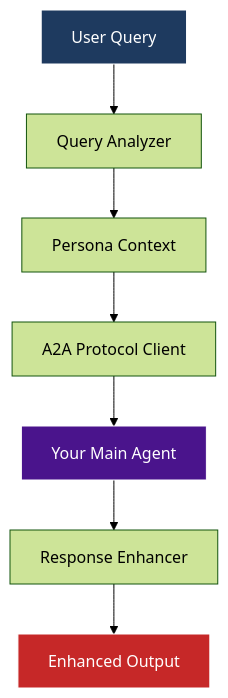
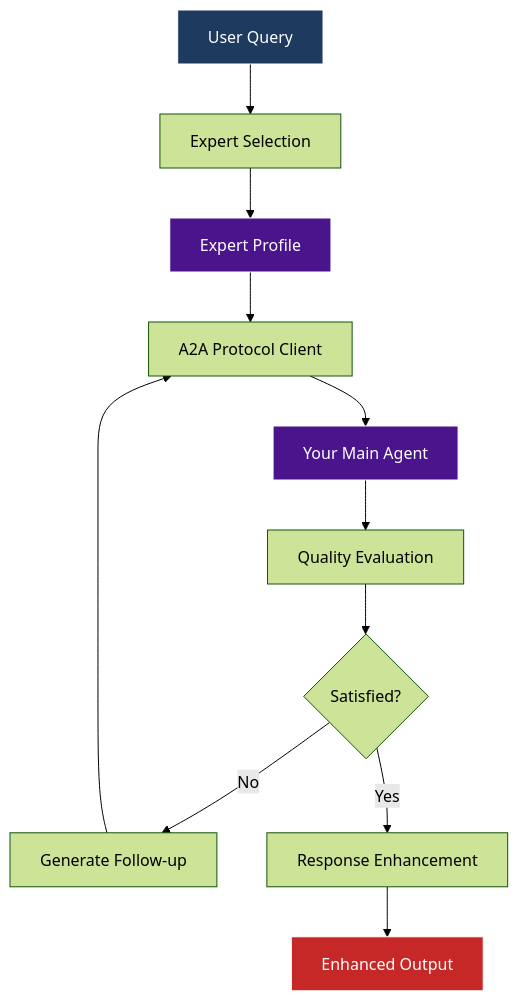
One commit to ovokpus/AIE7 changed the diagram in 15_A2A_LangGraph/second_agent/README.md. Above: the diagram before and after it, drawn with Mermaid (forest theme). The commit also changed other lines of this file and 1 other file, not shown here.

First line of the commit message:
📚 Merge modular architecture documentation into comprehensive README

````diff
--- a/15_A2A_LangGraph/second_agent/README.md
+++ b/15_A2A_LangGraph/second_agent/README.md
@@ -16,13 +38,18 @@
 ```mermaid
 graph TD
-    A[User Query] --> B[Query Analyzer]
-    B --> C[Persona Context]
+    A[User Query] --> B[Expert Selection]
+    B --> C[Expert Profile]
     C --> D[A2A Protocol Client]
     D --> E[Your Main Agent]
-    E --> F[Response Enhancer]
-    F --> G[Enhanced Output]
+    E --> F[Quality Evaluation]
+    F --> G{Satisfied?}
+    G -->|No| H[Generate Follow-up]
+    H --> D
+    G -->|Yes| I[Response Enhancement]
+    I --> J[Enhanced Output]
     
     style A fill:#1e3a5f,stroke:#ffffff,color:#ffffff
+    style C fill:#4a148c,stroke:#ffffff,color:#ffffff
     style E fill:#4a148c,stroke:#ffffff,color:#ffffff
-    style G fill:#c62828,stroke:#ffffff,color:#ffffff
+    style J fill:#c62828,stroke:#ffffff,color:#ffffff
 ```
````
